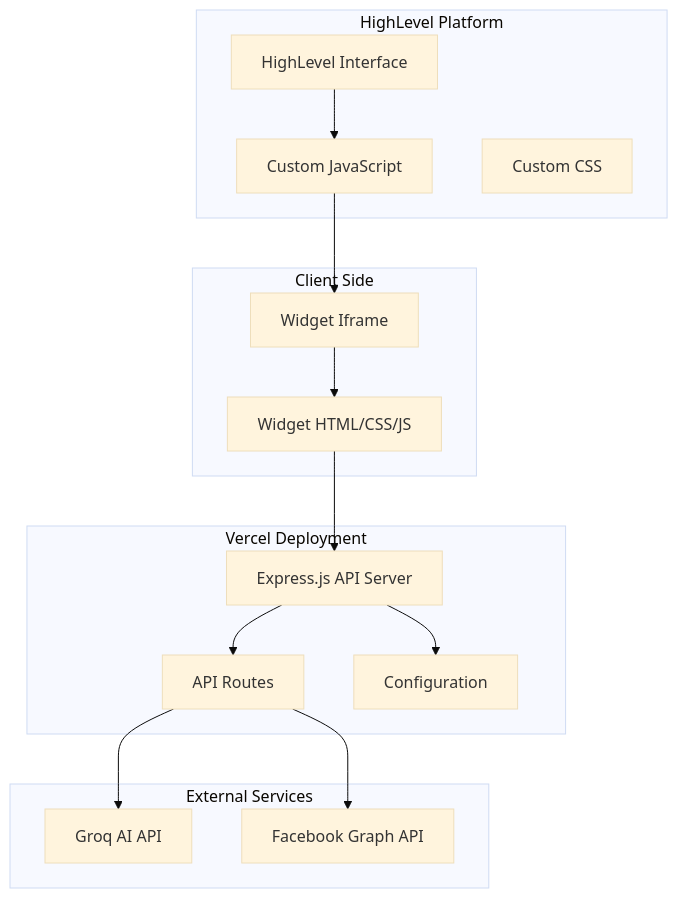
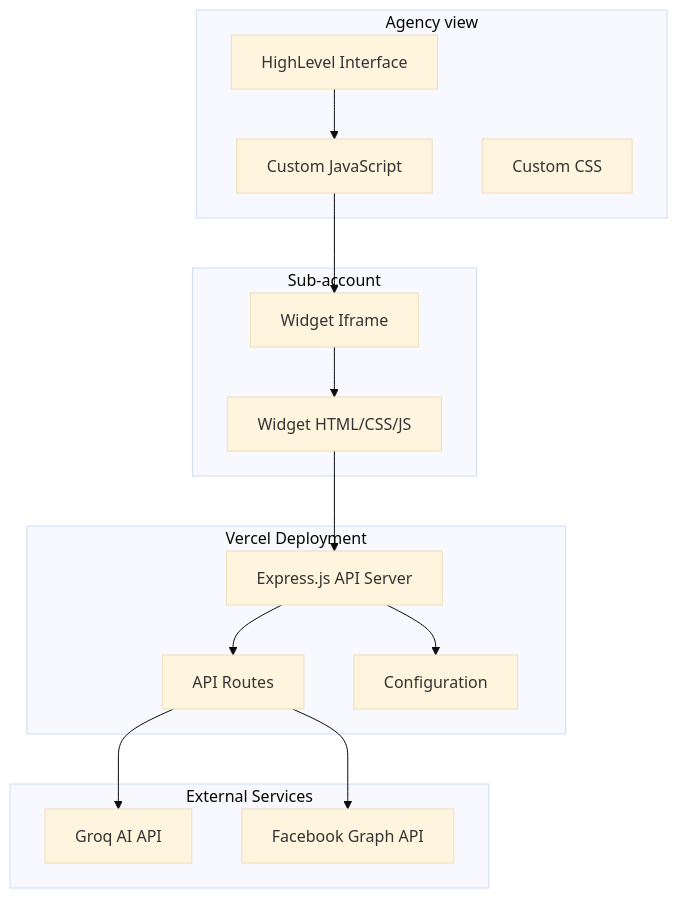
The first of 3 diagrams in README.md (trials009/hl-copilot), drawn with Mermaid (base theme) before and after one commit. The commit also changed other lines of this file, not shown here.

````diff
--- a/README.md
+++ b/README.md
@@ -11,33 +11,33 @@
 ```mermaid
 graph TB
-    subgraph "HighLevel Platform"
+    subgraph "Agency view"
         HL[HighLevel Interface]
         CustomJS[Custom JavaScript]
         CustomCSS[Custom CSS]
     end
     
-    subgraph "Client Side"
+    subgraph "Sub-account"
         Widget[Widget HTML/CSS/JS]
         Iframe[Widget Iframe]
     end
     
     subgraph "Vercel Deployment"
         API[Express.js API Server]
         Routes[API Routes]
         Config[Configuration]
     end
     
     subgraph "External Services"
         Groq[Groq AI API]
         FB[Facebook Graph API]
     end
     
     HL --> CustomJS
     CustomJS --> Iframe
     Iframe --> Widget
     Widget --> API
     API --> Routes
     Routes --> Groq
     Routes --> FB
     API --> Config
 ```
````
